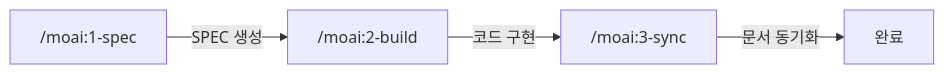
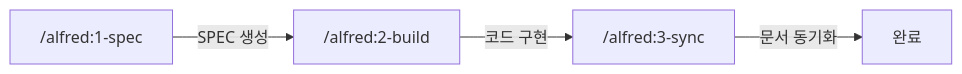
One commit to modu-ai/moai-adk changed the first of 2 diagrams in docs/claude/agents/spec-builder.md. Above: the diagram before and after it, drawn with Mermaid. The commit also changed other lines of this file and 447 other files, not shown here.

````diff
--- a/docs/claude/agents/spec-builder.md
+++ b/docs/claude/agents/spec-builder.md
@@ -23,7 +23,7 @@
 ```mermaid
 graph LR
-    A["/moai:1-spec"] -->|"SPEC 생성"| B["/moai:2-build"]
-    B -->|"코드 구현"| C["/moai:3-sync"]
+    A["/alfred:1-spec"] -->|"SPEC 생성"| B["/alfred:2-build"]
+    B -->|"코드 구현"| C["/alfred:3-sync"]
     C -->|"문서 동기화"| D["완료"]
 
 ```
````
